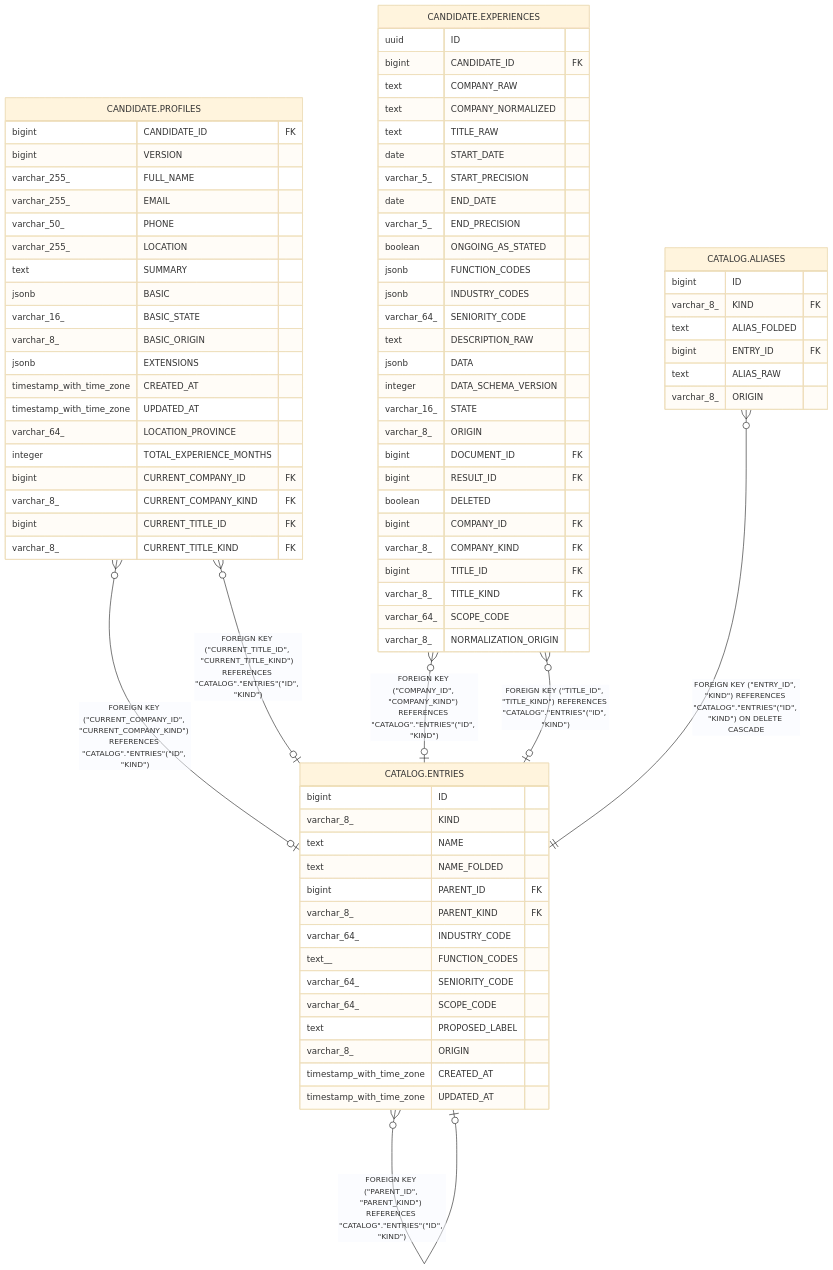
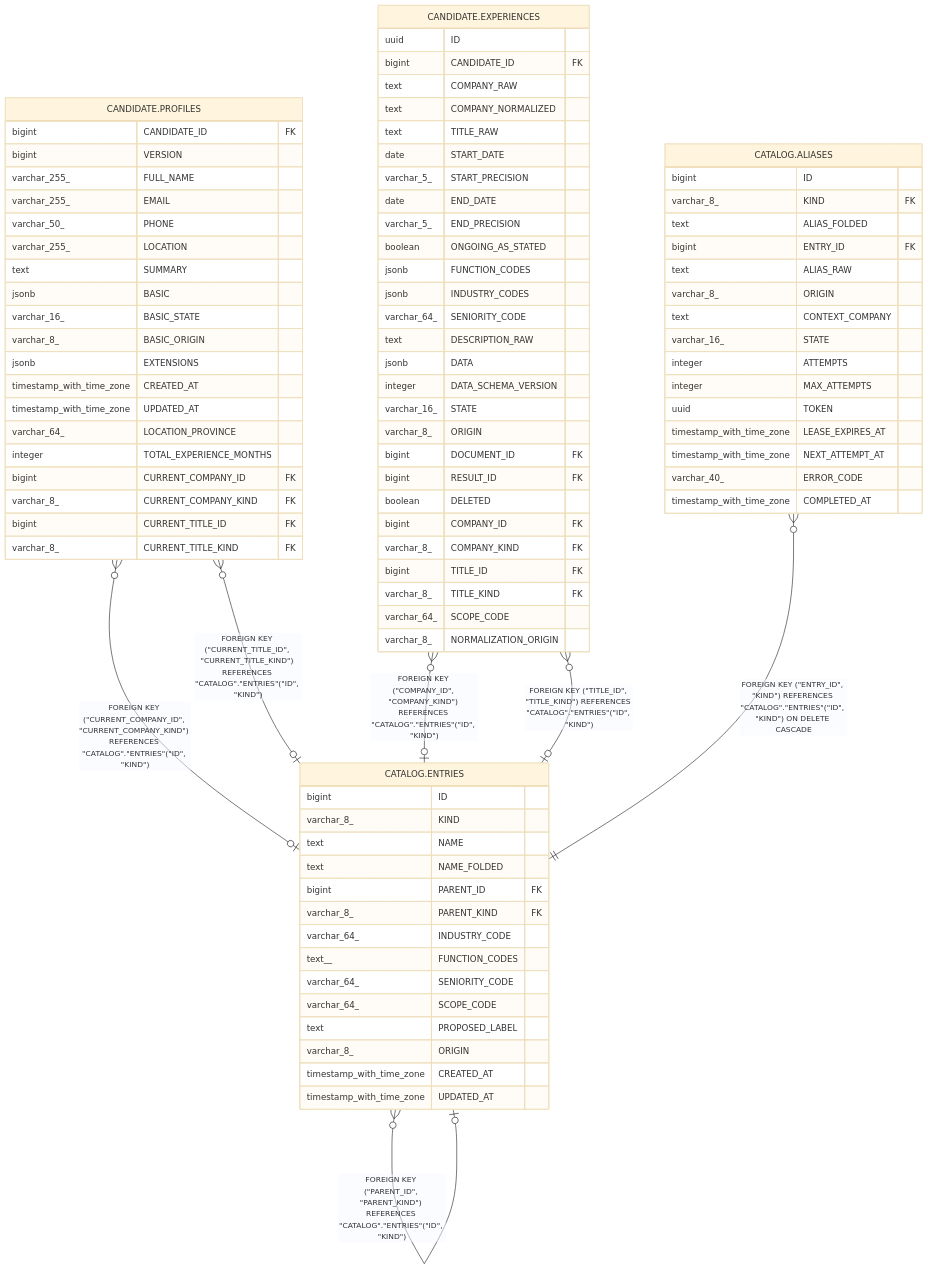
Before and after one commit to happidude/cv-compass: the diagram in docs/db/CATALOG.ENTRIES.md, drawn with Mermaid (base theme). The commit also changed 20 other files, not shown here.

````diff
--- a/docs/db/CATALOG.ENTRIES.md
+++ b/docs/db/CATALOG.ENTRIES.md
@@ -133,5 +133,14 @@
   bigint ENTRY_ID FK
   text ALIAS_RAW
   varchar_8_ ORIGIN
+  text CONTEXT_COMPANY
+  varchar_16_ STATE
+  integer ATTEMPTS
+  integer MAX_ATTEMPTS
+  uuid TOKEN
+  timestamp_with_time_zone LEASE_EXPIRES_AT
+  timestamp_with_time_zone NEXT_ATTEMPT_AT
+  varchar_40_ ERROR_CODE
+  timestamp_with_time_zone COMPLETED_AT
 }
 ```
````
